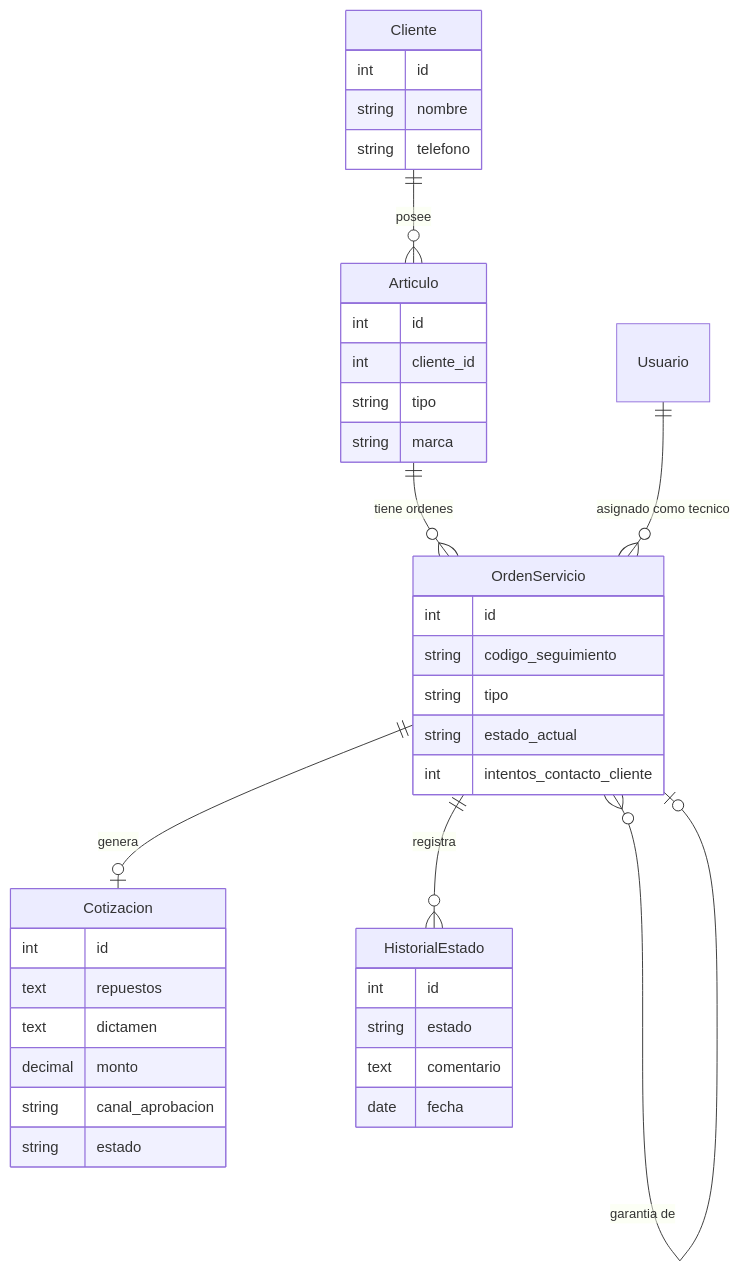
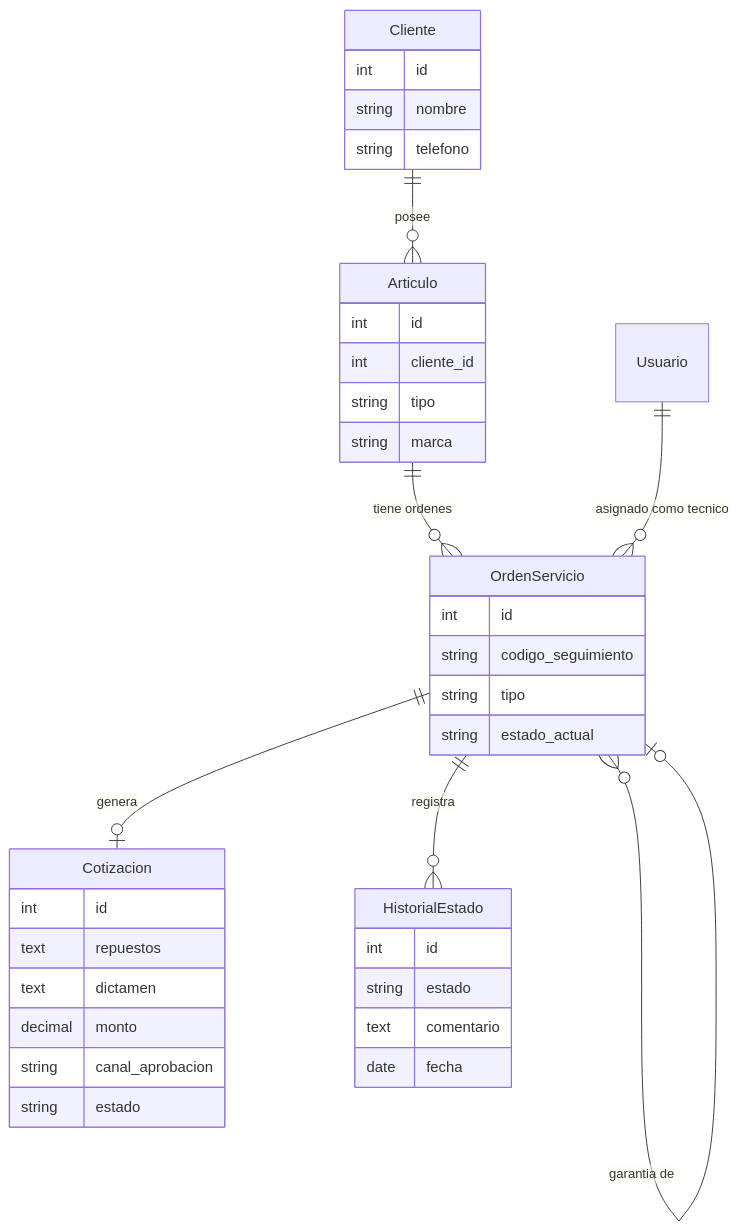
One commit to andrev024/expertools changed the second of 3 diagrams in README.md. Above: the diagram before and after it, drawn with Mermaid. The commit also changed other lines of this file and 8 other files, not shown here.

````diff
--- a/README.md
+++ b/README.md
@@ -70,42 +70,41 @@
 ```mermaid
 erDiagram
     Cliente ||--o{ Articulo : posee
     Articulo ||--o{ OrdenServicio : "tiene ordenes"
     Usuario ||--o{ OrdenServicio : "asignado como tecnico"
     OrdenServicio ||--o| Cotizacion : genera
     OrdenServicio ||--o{ HistorialEstado : registra
     OrdenServicio }o--o| OrdenServicio : "garantia de"
 
     Cliente {
         int id
         string nombre
         string telefono
     }
     Articulo {
         int id
         int cliente_id
         string tipo
         string marca
     }
     OrdenServicio {
         int id
         string codigo_seguimiento
         string tipo
         string estado_actual
-        int intentos_contacto_cliente
     }
     Cotizacion {
         int id
         text repuestos
         text dictamen
         decimal monto
         string canal_aprobacion
         string estado
     }
     HistorialEstado {
         int id
         string estado
         text comentario
         date fecha
     }
 ```
````
